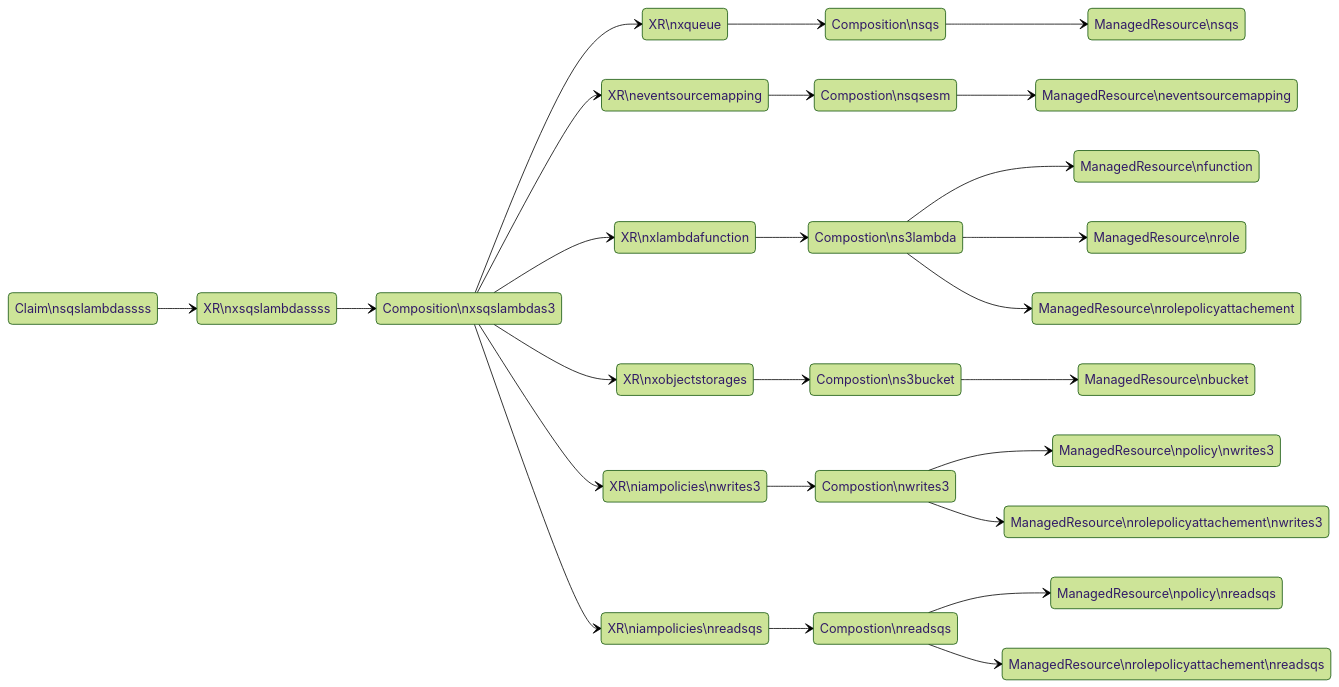
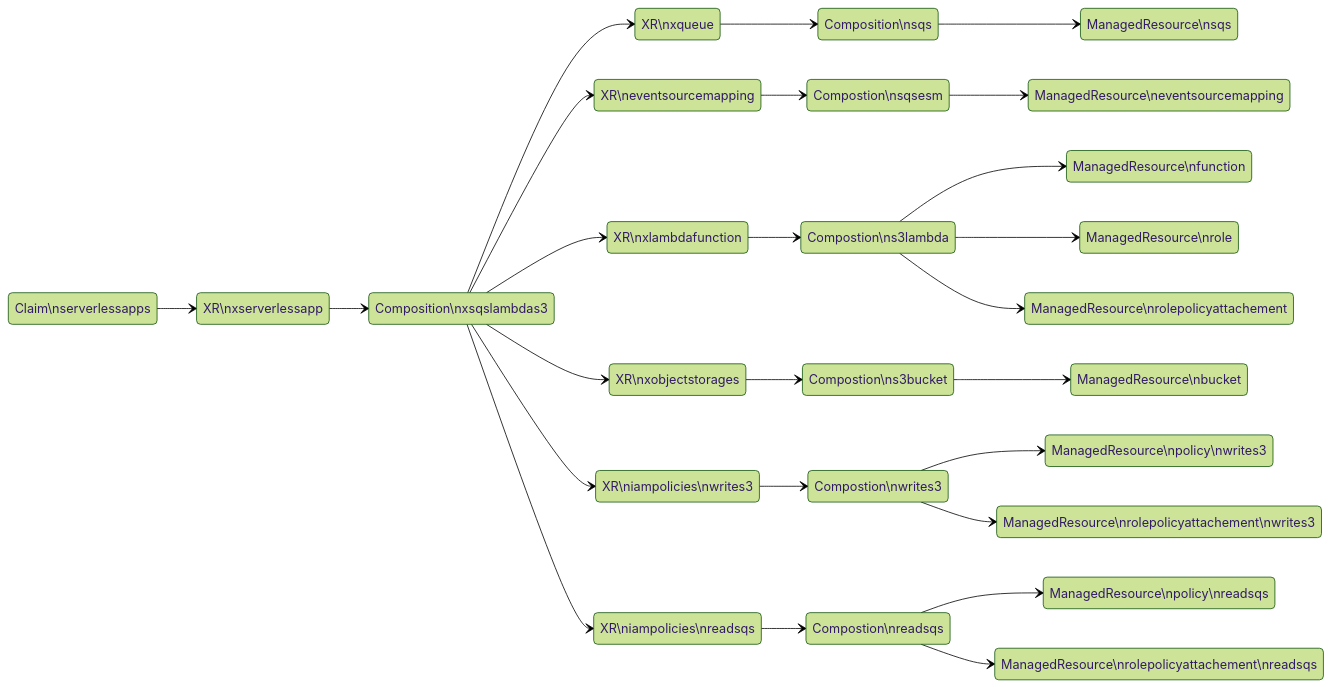
Before and after one commit to awslabs/crossplane-on-eks: the diagram in examples/upbound-aws-provider/composite-resources/serverless-examples/sqs-lambda-s3/README.md, drawn with Mermaid (forest theme). The commit also changed other lines of this file and 4 other files, not shown here.

````diff
--- a/examples/upbound-aws-provider/composite-resources/serverless-examples/sqs-lambda-s3/README.md
+++ b/examples/upbound-aws-provider/composite-resources/serverless-examples/sqs-lambda-s3/README.md
@@ -72,28 +73,28 @@
 ```mermaid
 stateDiagram-v2
     direction LR
-    Claim\nsqslambdassss --> XR\nxsqslambdassss
-    XR\nxsqslambdassss --> Composition\nxsqslambdas3
+    Claim\nserverlessapps--> XR\nxserverlessapp
+    XR\nxserverlessapp --> Composition\nxsqslambdas3
     Composition\nxsqslambdas3 --> XR\nxqueue
     Composition\nxsqslambdas3 --> XR\neventsourcemapping
     Composition\nxsqslambdas3 --> XR\nxlambdafunction
     Composition\nxsqslambdas3 --> XR\nxobjectstorages
     Composition\nxsqslambdas3 --> XR\niampolicies\nwrites3
     Composition\nxsqslambdas3 --> XR\niampolicies\nreadsqs
     XR\nxqueue --> Composition\nsqs
     Composition\nsqs --> ManagedResource\nsqs
     XR\neventsourcemapping --> Compostion\nsqsesm
     Compostion\nsqsesm --> ManagedResource\neventsourcemapping
     XR\nxlambdafunction --> Compostion\ns3lambda
     Compostion\ns3lambda --> ManagedResource\nfunction
     Compostion\ns3lambda --> ManagedResource\nrole
     Compostion\ns3lambda --> ManagedResource\nrolepolicyattachement
     XR\nxobjectstorages --> Compostion\ns3bucket
     Compostion\ns3bucket --> ManagedResource\nbucket
     XR\niampolicies\nwrites3 --> Compostion\nwrites3
     Compostion\nwrites3 --> ManagedResource\npolicy\nwrites3
     Compostion\nwrites3 --> ManagedResource\nrolepolicyattachement\nwrites3
     XR\niampolicies\nreadsqs --> Compostion\nreadsqs
     Compostion\nreadsqs --> ManagedResource\npolicy\nreadsqs
     Compostion\nreadsqs --> ManagedResource\nrolepolicyattachement\nreadsqs
 ```
````
